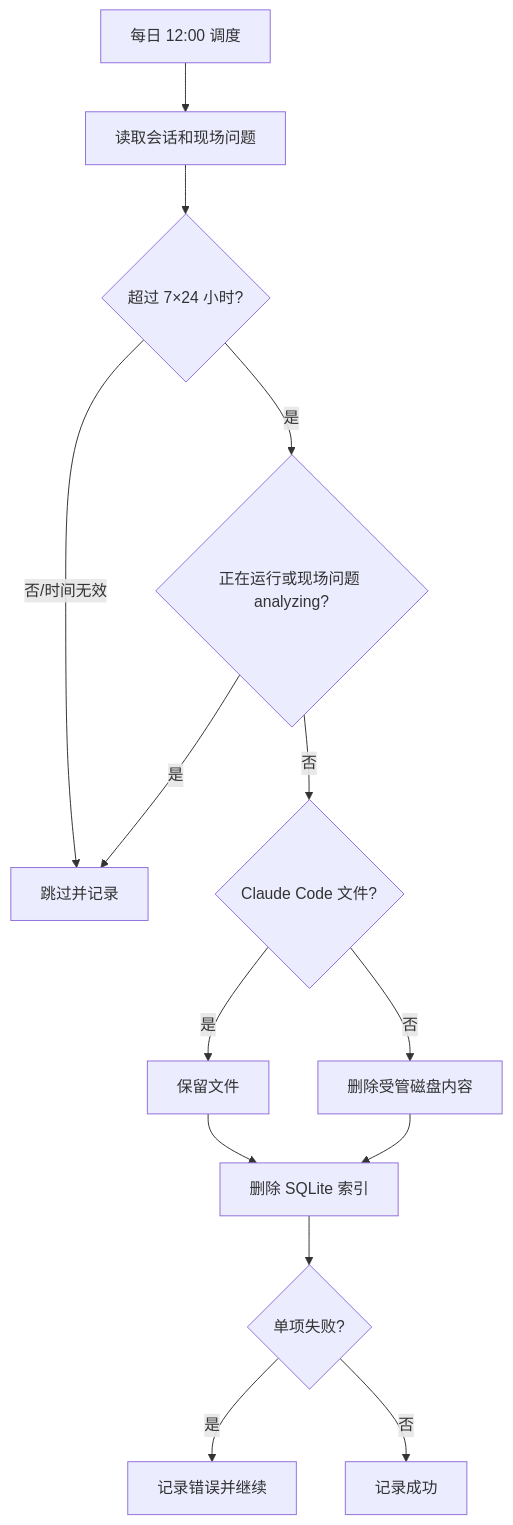
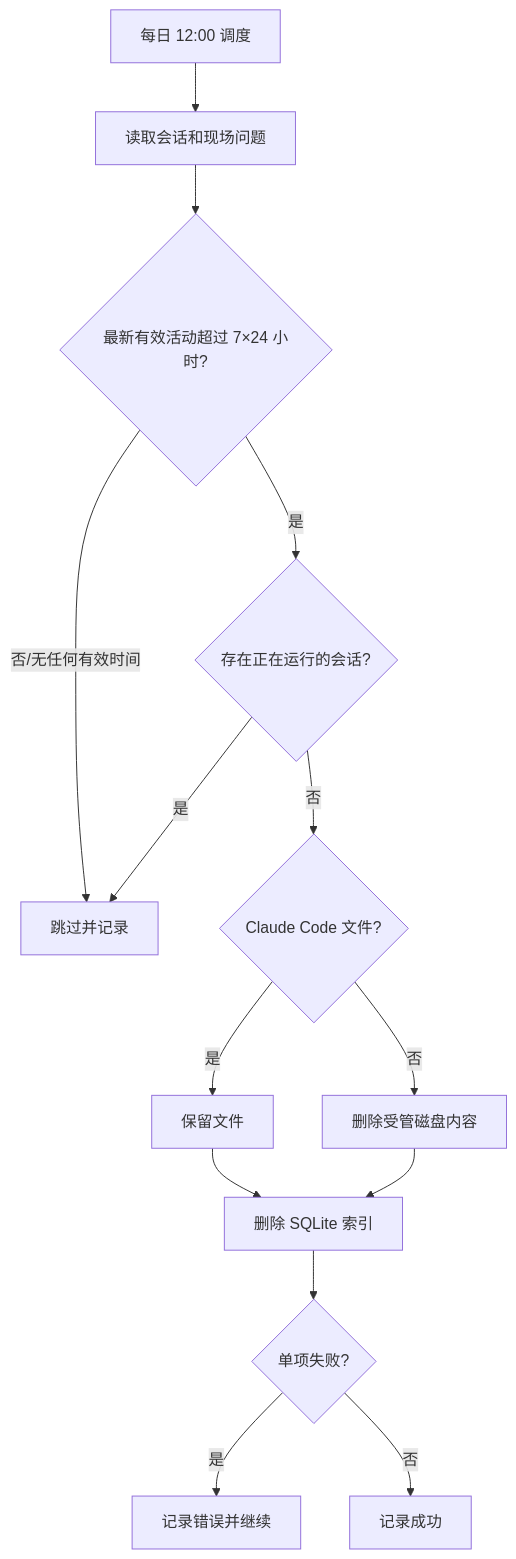
One commit to wangdecheng/xy-claudecodeui changed the diagram in docs/flows/content-retention.md. Above: the diagram before and after it, drawn with Mermaid. The commit also changed other lines of this file and 3 other files, not shown here.

````diff
--- a/docs/flows/content-retention.md
+++ b/docs/flows/content-retention.md
@@ -30,16 +33,16 @@
 ```mermaid
 flowchart TD
     A[每日 12:00 调度] --> B[读取会话和现场问题]
-    B --> C{超过 7×24 小时?}
-    C -- 否/时间无效 --> S[跳过并记录]
-    C -- 是 --> D{正在运行或现场问题 analyzing?}
+    B --> C{最新有效活动超过 7×24 小时?}
+    C -- 否/无任何有效时间 --> S[跳过并记录]
+    C -- 是 --> D{存在正在运行的会话?}
     D -- 是 --> S
     D -- 否 --> E{Claude Code 文件?}
     E -- 是 --> F[保留文件]
     E -- 否 --> G[删除受管磁盘内容]
     F --> H[删除 SQLite 索引]
     G --> H
     H --> I{单项失败?}
     I -- 是 --> J[记录错误并继续]
     I -- 否 --> K[记录成功]
 ```
````
